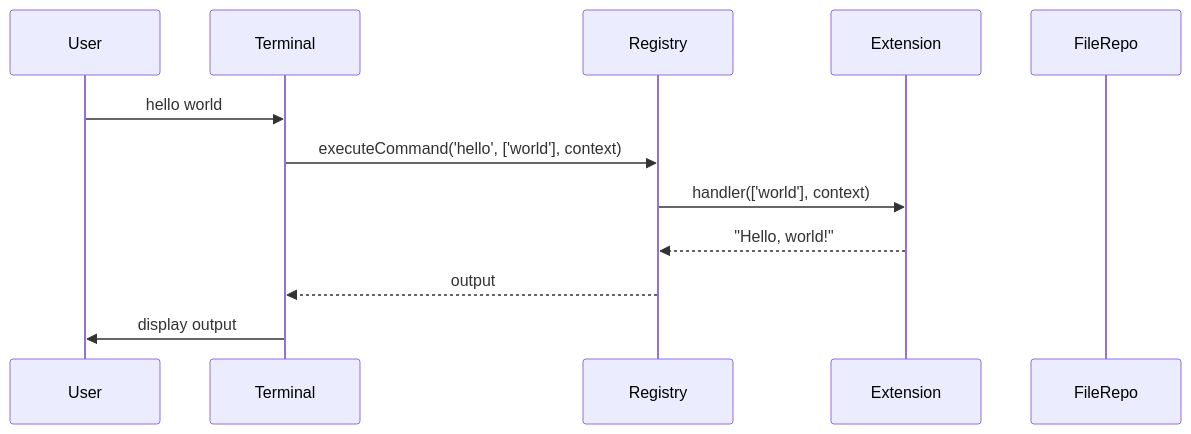
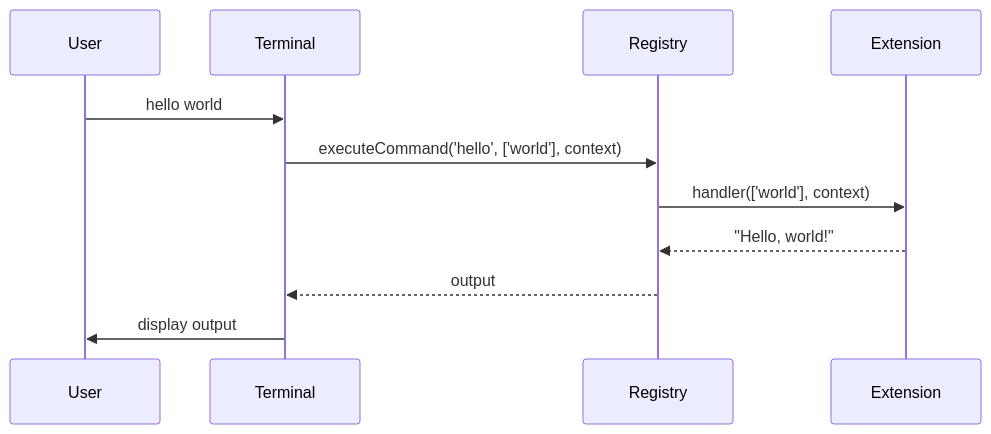
Before and after one commit to Stasshe/Pyxis-CodeCanvas: the eighth of 11 diagrams in docs/EXTENSION-SYSTEM.md, drawn with Mermaid. The commit also changed other lines of this file and 330 other files, not shown here.

````diff
--- a/docs/EXTENSION-SYSTEM.md
+++ b/docs/EXTENSION-SYSTEM.md
@@ -598,15 +533,13 @@
 ```mermaid
 sequenceDiagram
     participant User
     participant Terminal
     participant Registry
     participant Extension
-    participant FileRepo
-    
     User->>Terminal: hello world
     Terminal->>Registry: executeCommand('hello', ['world'], context)
     Registry->>Extension: handler(['world'], context)
     Extension-->>Registry: "Hello, world!"
     Registry-->>Terminal: output
     Terminal->>User: display output
 ```
````
